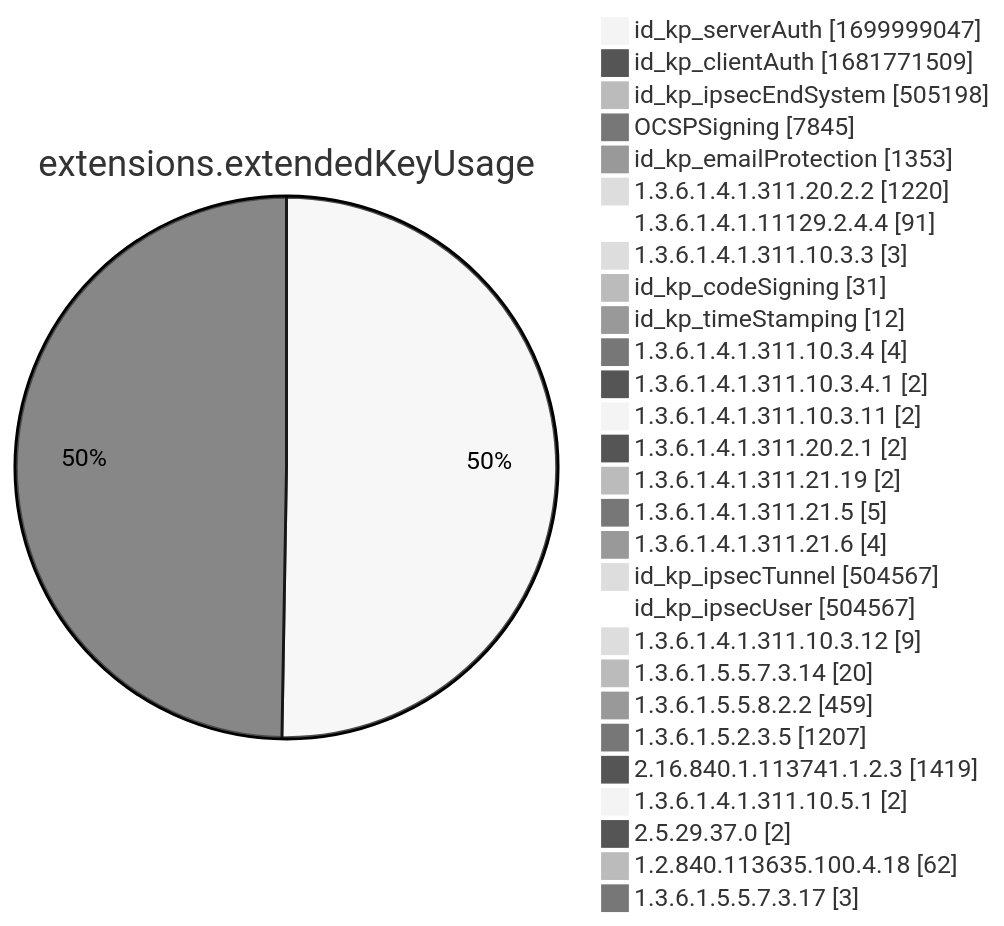
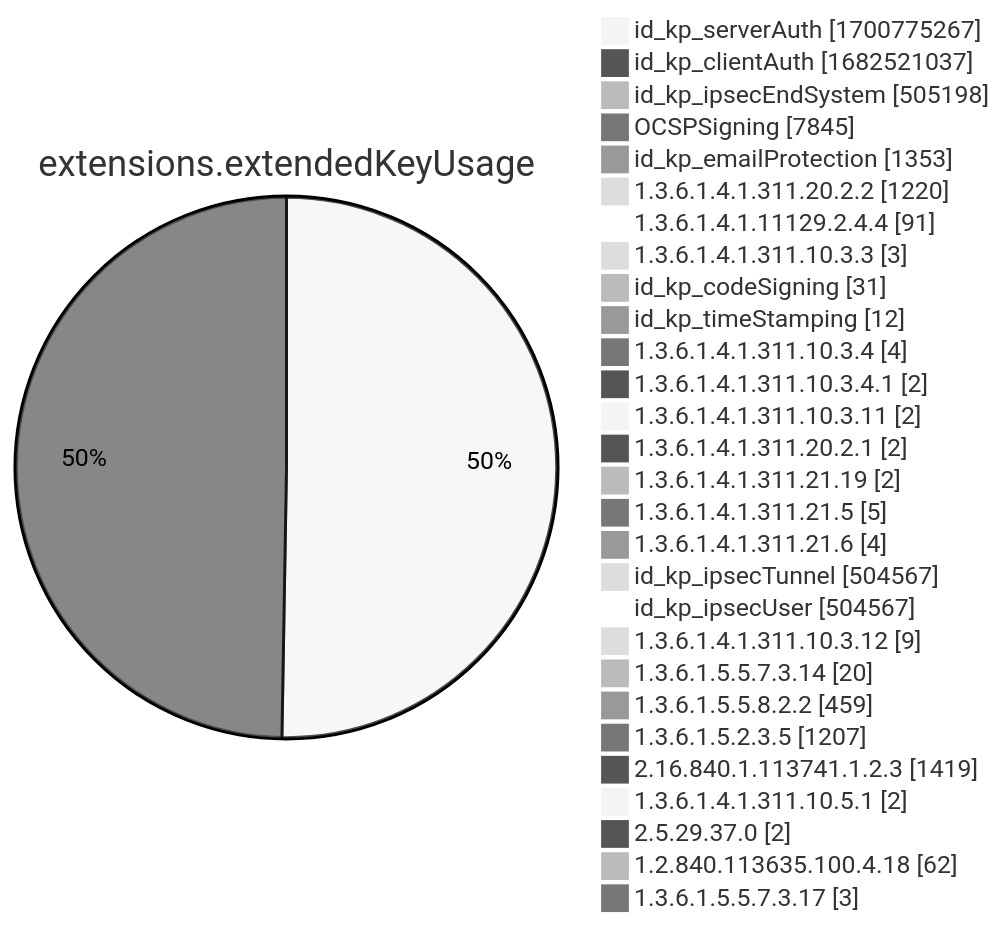
Diagram 12 of 15 in xenon2022/README.md (christiankrug/ctmonitor_visualization), drawn with Mermaid (neutral theme) before and after one commit. The commit also changed other lines of this file, not shown here.

````diff
--- a/xenon2022/README.md
+++ b/xenon2022/README.md
@@ -3888,32 +3888,32 @@
 ```mermaid
 pie showData
 title extensions.extendedKeyUsage
-"id_kp_serverAuth" :1699999047
-"id_kp_clientAuth" :1681771509
+"id_kp_serverAuth" :1700775267
+"id_kp_clientAuth" :1682521037
 "id_kp_ipsecEndSystem" :505198
 "OCSPSigning" :7845
 "id_kp_emailProtection" :1353
 "1.3.6.1.4.1.311.20.2.2" :1220
 "1.3.6.1.4.1.11129.2.4.4" :91
 "1.3.6.1.4.1.311.10.3.3" :3
 "id_kp_codeSigning" :31
 "id_kp_timeStamping" :12
 "1.3.6.1.4.1.311.10.3.4" :4
 "1.3.6.1.4.1.311.10.3.4.1" :2
 "1.3.6.1.4.1.311.10.3.11" :2
 "1.3.6.1.4.1.311.20.2.1" :2
 "1.3.6.1.4.1.311.21.19" :2
 "1.3.6.1.4.1.311.21.5" :5
 "1.3.6.1.4.1.311.21.6" :4
 "id_kp_ipsecTunnel" :504567
 "id_kp_ipsecUser" :504567
 "1.3.6.1.4.1.311.10.3.12" :9
 "1.3.6.1.5.5.7.3.14" :20
 "1.3.6.1.5.5.8.2.2" :459
 "1.3.6.1.5.2.3.5" :1207
 "2.16.840.1.113741.1.2.3" :1419
 "1.3.6.1.4.1.311.10.5.1" :2
 "2.5.29.37.0" :2
 "1.2.840.113635.100.4.18" :62
 "1.3.6.1.5.5.7.3.17" :3
 ```
````
